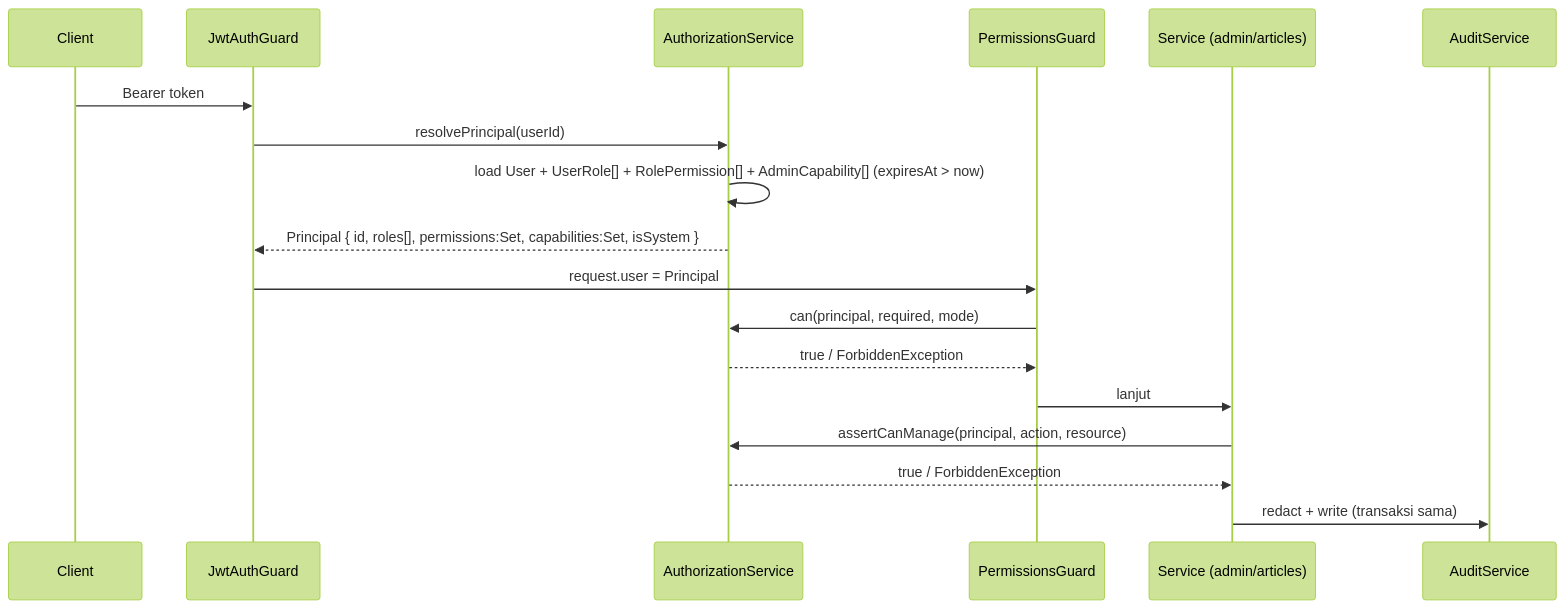
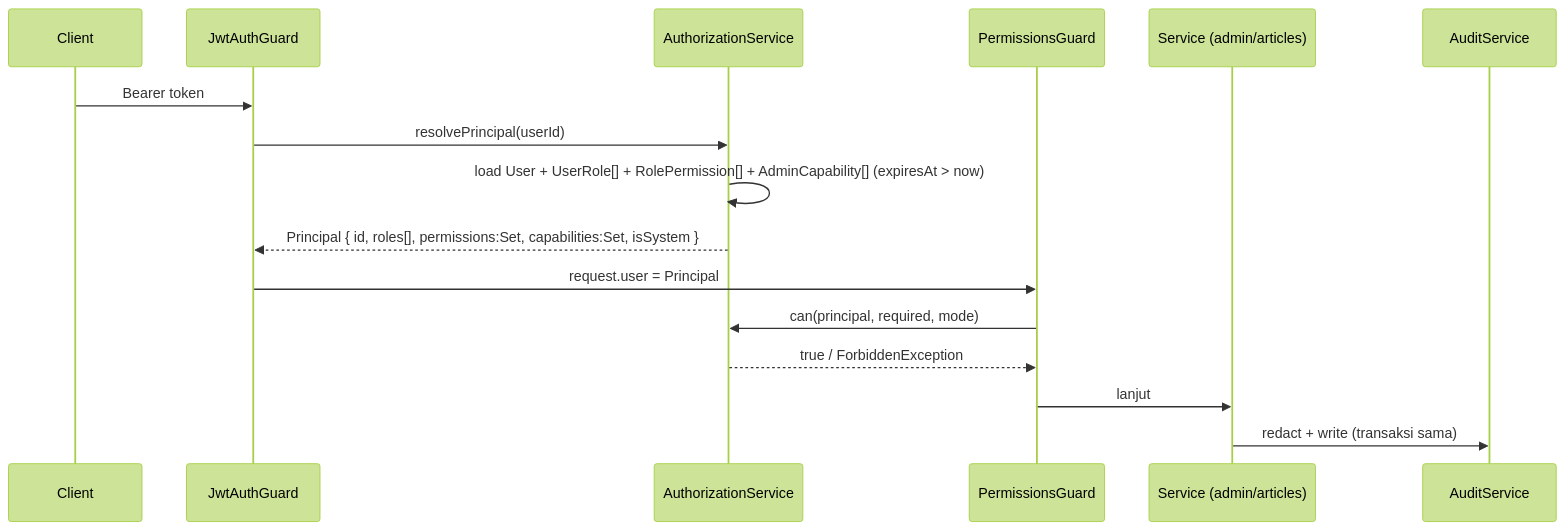
One commit to AriAja17/pkl-auth-system changed the diagram in docs/phase-01-architecture/05-authorization-architecture.md. Above: the diagram before and after it, drawn with Mermaid (forest theme). The commit also changed other lines of this file and 5 other files, not shown here.

````diff
--- a/docs/phase-01-architecture/05-authorization-architecture.md
+++ b/docs/phase-01-architecture/05-authorization-architecture.md
@@ -26,20 +28,18 @@
 ```mermaid
 sequenceDiagram
     participant C as Client
     participant J as JwtAuthGuard
     participant A as AuthorizationService
     participant P as PermissionsGuard
     participant S as Service (admin/articles)
 
     C->>J: Bearer token
     J->>A: resolvePrincipal(userId)
     A->>A: load User + UserRole[] + RolePermission[] + AdminCapability[] (expiresAt > now)
     A-->>J: Principal { id, roles[], permissions:Set, capabilities:Set, isSystem }
     J->>P: request.user = Principal
     P->>A: can(principal, required, mode)
     A-->>P: true / ForbiddenException
     P->>S: lanjut
-    S->>A: assertCanManage(principal, action, resource)
-    A-->>S: true / ForbiddenException
     S->>AuditService: redact + write (transaksi sama)
 ```
````
